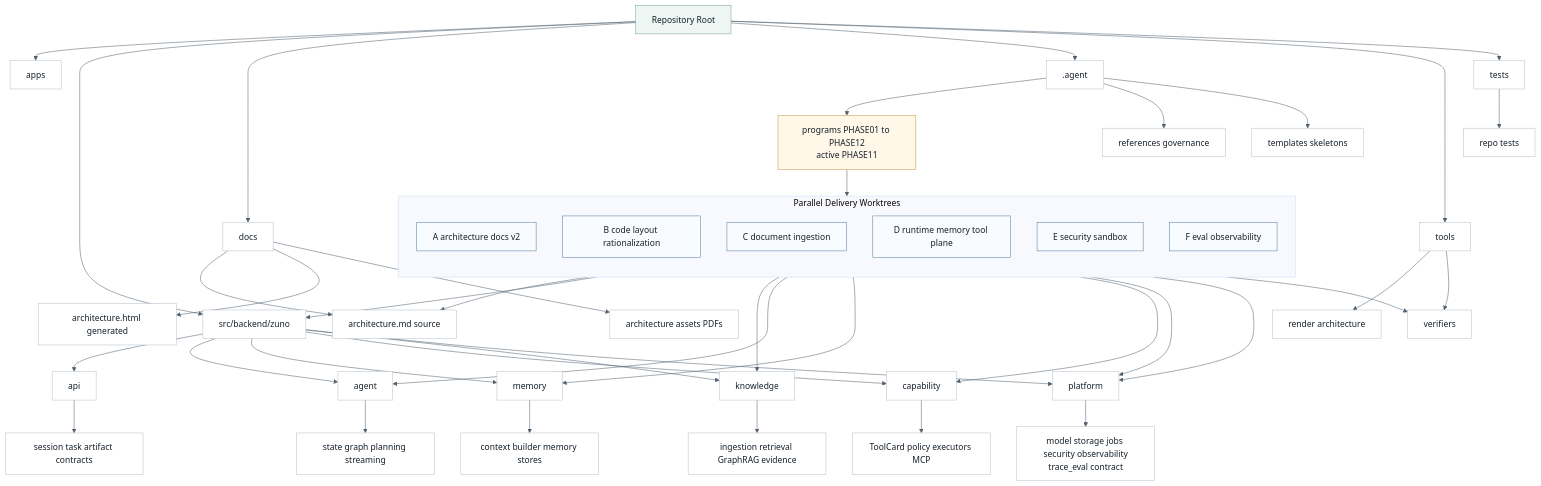
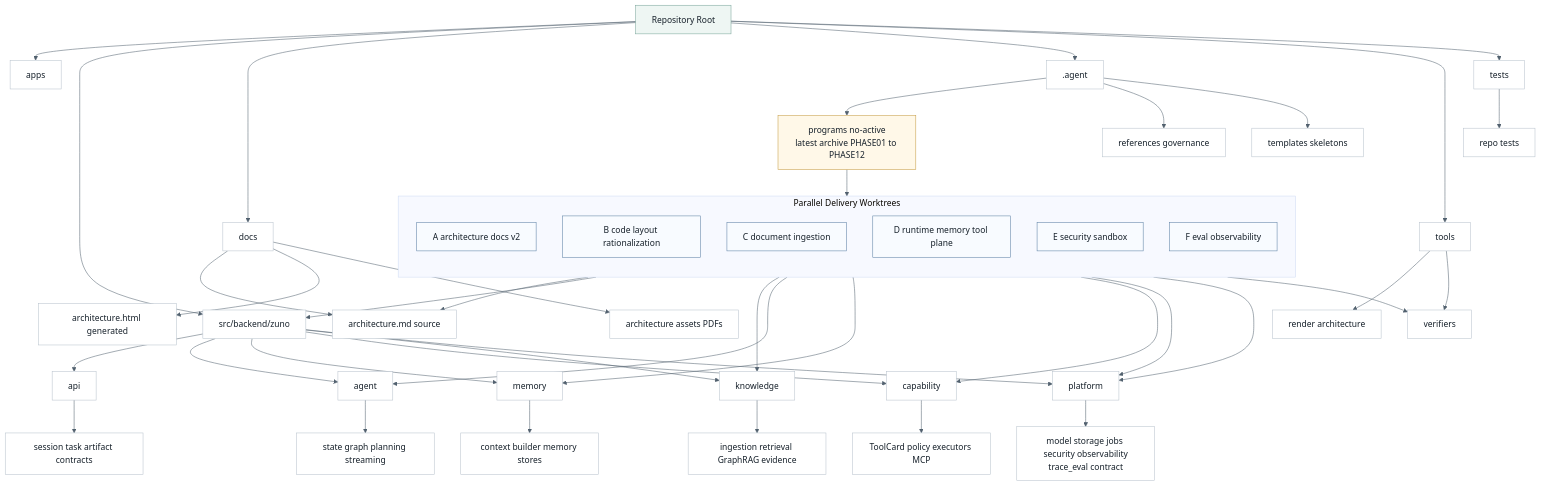
The second of 10 diagrams in docs/architecture/architecture.md (ProfessorZhi/Zuno), drawn with Mermaid before and after one commit. The commit also changed other lines of this file and 33 other files, not shown here.

Commit message:
docs: close master architecture implementation program

````diff
--- a/docs/architecture/architecture.md
+++ b/docs/architecture/architecture.md
@@ -1144,59 +1144,59 @@
 ```mermaid
 %%{init: {"theme": "base", "themeVariables": {"background": "#f7f8fb", "lineColor": "#52616f"}}}%%
 flowchart TB
   classDef node fill:#ffffff,stroke:#b8c2cc,stroke-width:1px,color:#16202a;
   classDef accent fill:#eef6f3,stroke:#7aa59a,stroke-width:1px,color:#16202a;
   classDef guard fill:#fff8e8,stroke:#c59b43,stroke-width:1px,color:#16202a;
   classDef work fill:#f8fbff,stroke:#5b7fa3,stroke-width:1px,color:#16202a;
 
   R["Repository Root"]:::accent
   R --> APPS["apps"]
   R --> BACKEND["src/backend/zuno"]
   R --> DOCS["docs"]
   R --> AGENT[".agent"]
   R --> TOOLS["tools"]
   R --> TESTS["tests"]
   BACKEND --> API["api"]
   BACKEND --> AG["agent"]
   BACKEND --> MEM["memory"]
   BACKEND --> CAP["capability"]
   BACKEND --> KNO["knowledge"]
   BACKEND --> PLA["platform"]
   API --> APISTATE["session task artifact contracts"]
   AG --> RUNTIME["state graph planning streaming"]
   MEM --> MEMSYS["context builder memory stores"]
   CAP --> TOOLSYS["ToolCard policy executors MCP"]
   KNO --> KNOWSYS["ingestion retrieval GraphRAG evidence"]
   PLA --> PLATSYS["model storage jobs security observability<br/>trace_eval contract"]
   DOCS --> FORMAL["architecture.md source"]
   DOCS --> HTML["architecture.html generated"]
   DOCS --> ASSETS["architecture assets PDFs"]
-  AGENT --> PROGRAM["programs PHASE01 to PHASE12<br/>active PHASE11"]:::guard
+  AGENT --> PROGRAM["programs no-active<br/>latest archive PHASE01 to PHASE12"]:::guard
   AGENT --> REFS["references governance"]
   AGENT --> TPL["templates skeletons"]
   TOOLS --> RENDER["render architecture"]
   TOOLS --> VERIFY["verifiers"]
   TESTS --> REPO["repo tests"]
 
   subgraph WORK["Parallel Delivery Worktrees"]
     direction TB
     WA["A architecture docs v2"]:::work
     WB["B code layout rationalization"]:::work
     WC["C document ingestion"]:::work
     WD["D runtime memory tool plane"]:::work
     WE["E security sandbox"]:::work
     WF["F eval observability"]:::work
   end
 
   PROGRAM --> WORK
   WA --> FORMAL
   WB --> BACKEND
   WC --> KNO
   WD --> AG
   WD --> MEM
   WD --> CAP
   WE --> PLA
   WF --> PLA
   WORK --> VERIFY
   class APPS,BACKEND,DOCS,AGENT,TOOLS,TESTS,API,AG,MEM,CAP,KNO,PLA,APISTATE,RUNTIME,MEMSYS,TOOLSYS,KNOWSYS,PLATSYS,FORMAL,HTML,ASSETS,REFS,TPL,RENDER,VERIFY,REPO node;
 ```
````
